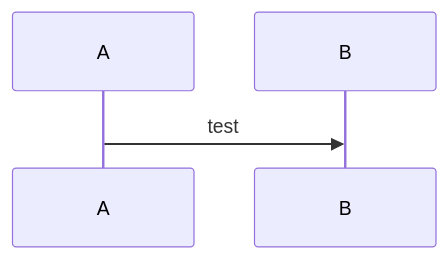
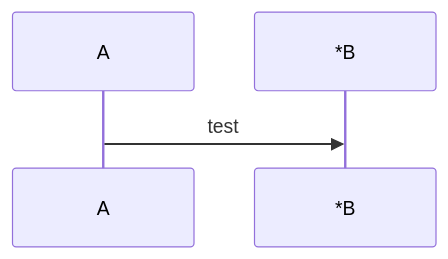
Before and after one commit to jannelem/ot-harjoitustyo-jannelem: the diagram in laskarit/viikko3/tehtava3.md, drawn with Mermaid.

````diff
--- a/laskarit/viikko3/tehtava3.md
+++ b/laskarit/viikko3/tehtava3.md
@@ -3,5 +3,5 @@
 ```mermaid
 	sequenceDiagram
-		A->>B: test
+		A->>*B: test
 
 ```
````
